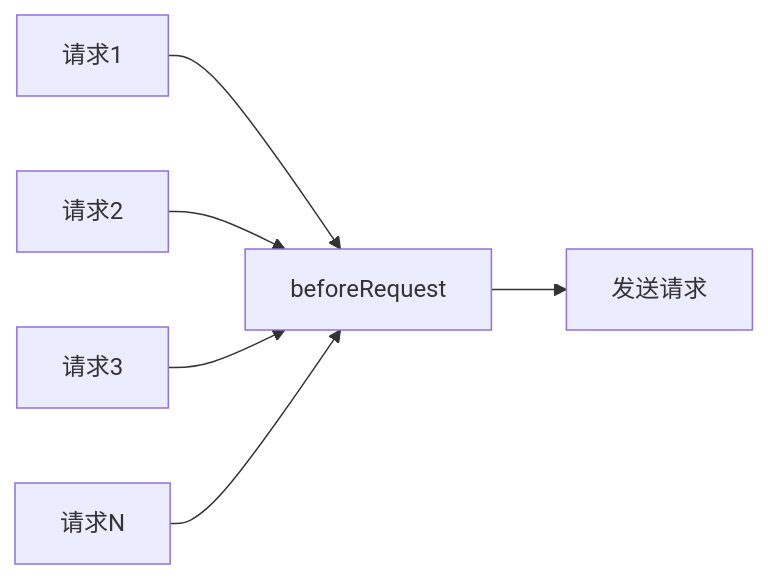
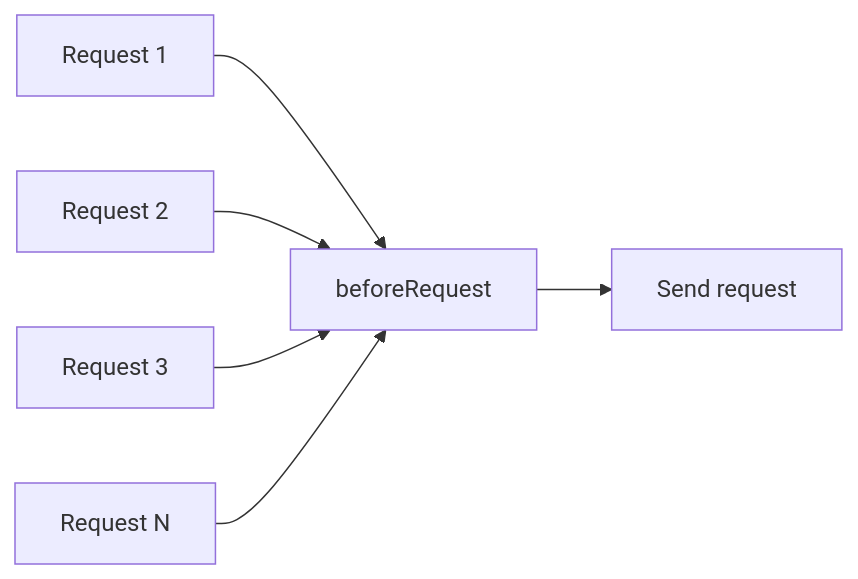
Before and after one commit to alovajs/alovajs.github.io: the first of 2 diagrams in docs/tutorial/02-getting-started/05-global-interceptor.md, drawn with Mermaid. The commit also changed other lines of this file and 128 other files, not shown here.

````diff
--- a/docs/tutorial/02-getting-started/05-global-interceptor.md
+++ b/docs/tutorial/02-getting-started/05-global-interceptor.md
@@ -13,8 +13,8 @@
 ```mermaid
 flowchart LR
-  R1[请求1] --> beforeRequest
-  R2[请求2] --> beforeRequest
-  R3[请求3] --> beforeRequest
-  RN[请求N] --> beforeRequest
-  beforeRequest --> S1[发送请求]
+   R1[Request 1] --> beforeRequest
+   R2[Request 2] --> beforeRequest
+   R3[Request 3] --> beforeRequest
+   RN[Request N] --> beforeRequest
+   beforeRequest --> S1[Send request]
 ```
````
